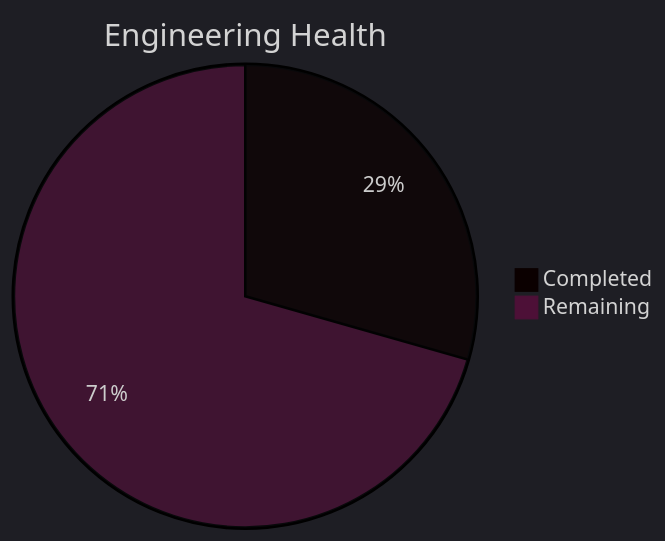
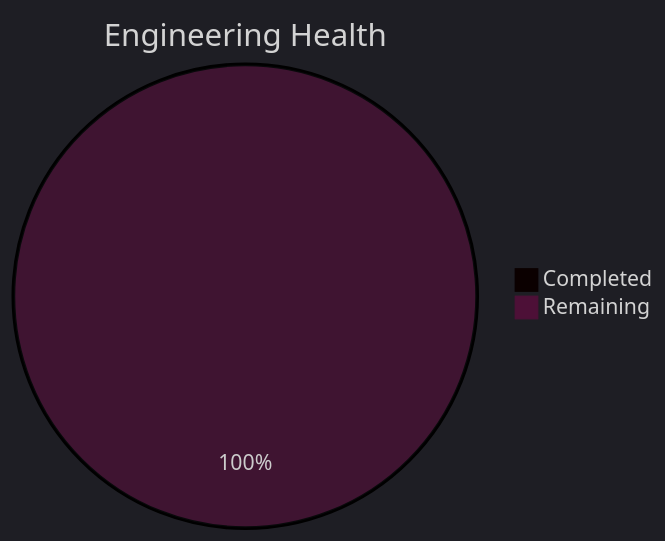
One commit to Neogleamz/SK8Lytz changed the third of 5 diagrams in tools/SK8Lytz_Bucket_List.md. Above: the diagram before and after it, drawn with Mermaid. The commit also changed other lines of this file, not shown here.

Commit message:
chore(bucket-list): move completed items to completed list and update pie charts

````diff
--- a/tools/SK8Lytz_Bucket_List.md
+++ b/tools/SK8Lytz_Bucket_List.md
@@ -35,6 +35,6 @@
 ```mermaid
 %%{init: {'theme': 'dark'}}%%
 pie title Engineering Health
-  "Completed" : 5
-  "Remaining" : 12
+  "Completed" : 0
+  "Remaining" : 8
 ```
````
